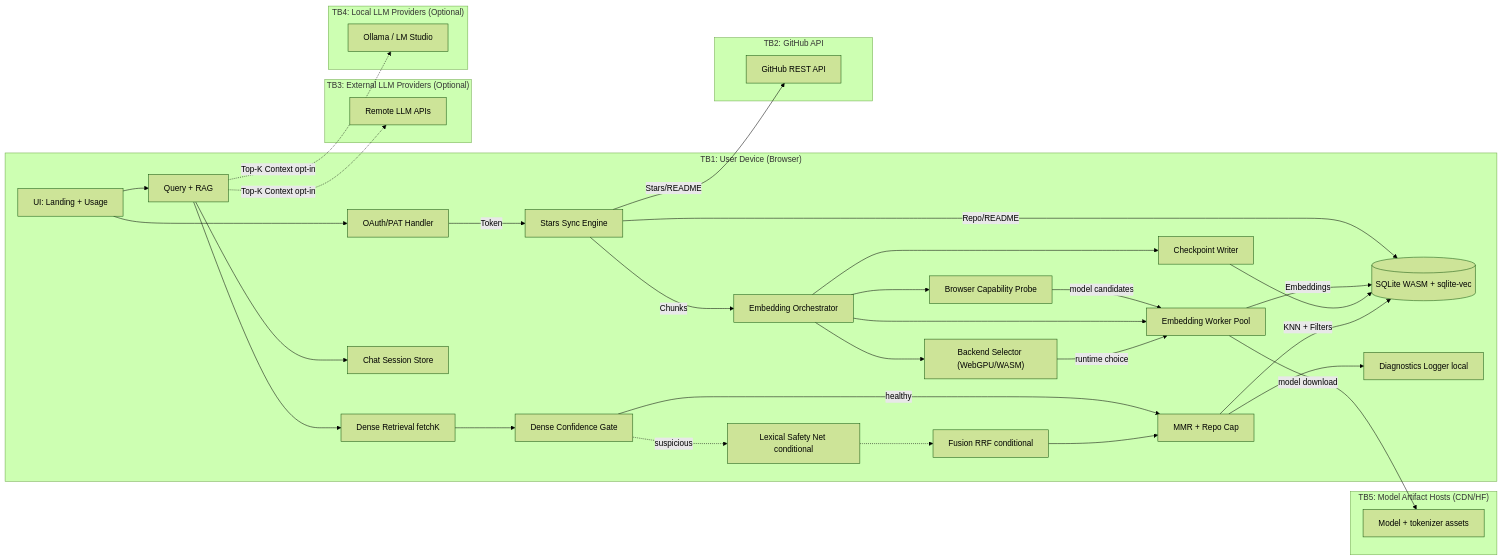
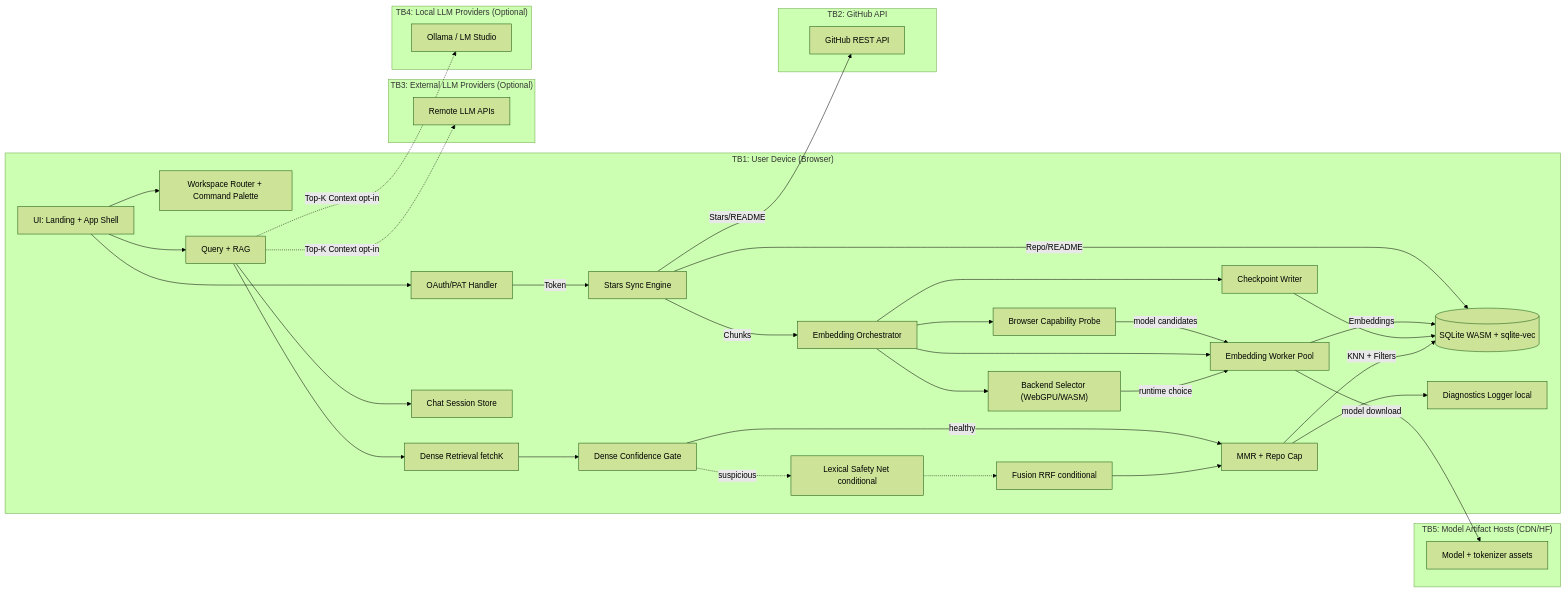
One commit to Abhinandan-Khurana/GitStarRecall changed the first of 2 diagrams in docs/dfd-diagrams.md. Above: the diagram before and after it, drawn with Mermaid (forest theme). The commit also changed other lines of this file and 9 other files, not shown here.

````diff
--- a/docs/dfd-diagrams.md
+++ b/docs/dfd-diagrams.md
@@ -16,65 +16,67 @@
 ```mermaid
 flowchart LR
   subgraph TB1["TB1: User Device (Browser)"]
-    UI[UI: Landing + Usage]
+    UI[UI: Landing + App Shell]
     Auth[OAuth/PAT Handler]
+    Shell["Workspace Router + Command Palette"]
     Sync[Stars Sync Engine]
     Orchestrator[Embedding Orchestrator]
     Pool[Embedding Worker Pool]
     CapProbe[Browser Capability Probe]
     Selector["Backend Selector (WebGPU/WASM)"]
     Checkpoint[Checkpoint Writer]
     DB[(SQLite WASM + sqlite-vec)]
     Chat[Chat Session Store]
     Query[Query + RAG]
     Dense[Dense Retrieval fetchK]
     Gate[Dense Confidence Gate]
     Lex[Lexical Safety Net conditional]
     Fuse[Fusion RRF conditional]
     Diversify[MMR + Repo Cap]
     Diag[Diagnostics Logger local]
   end
 
   subgraph TB2["TB2: GitHub API"]
     GH[GitHub REST API]
   end
 
   subgraph TB3["TB3: External LLM Providers (Optional)"]
     LLM[Remote LLM APIs]
   end
 
   subgraph TB4["TB4: Local LLM Providers (Optional)"]
     LocalLLM[Ollama / LM Studio]
   end
 
   subgraph TB5["TB5: Model Artifact Hosts (CDN/HF)"]
     ModelCDN["Model + tokenizer assets"]
   end
 
   UI --> Auth
+  UI --> Shell
   Auth -->|Token| Sync
   Sync -->|Stars/README| GH
   Sync -->|Repo/README| DB
   Sync -->|Chunks| Orchestrator
   Orchestrator --> CapProbe
   CapProbe -->|model candidates| Pool
   Orchestrator --> Selector
   Orchestrator --> Pool
   Pool -->|Embeddings| DB
   Orchestrator --> Checkpoint
   Checkpoint --> DB
   Selector -->|runtime choice| Pool
   Pool -->|model download| ModelCDN
   Query --> Dense
   Dense --> Gate
   Gate -->|healthy| Diversify
   Gate -.->|suspicious| Lex
   Lex -.-> Fuse
   Fuse --> Diversify
   Diversify -->|KNN + Filters| DB
   Diversify --> Diag
   UI --> Query
   Query --> Chat
   Query -.->|Top-K Context opt-in| LLM
   Query -.->|Top-K Context opt-in| LocalLLM
 ```
````
